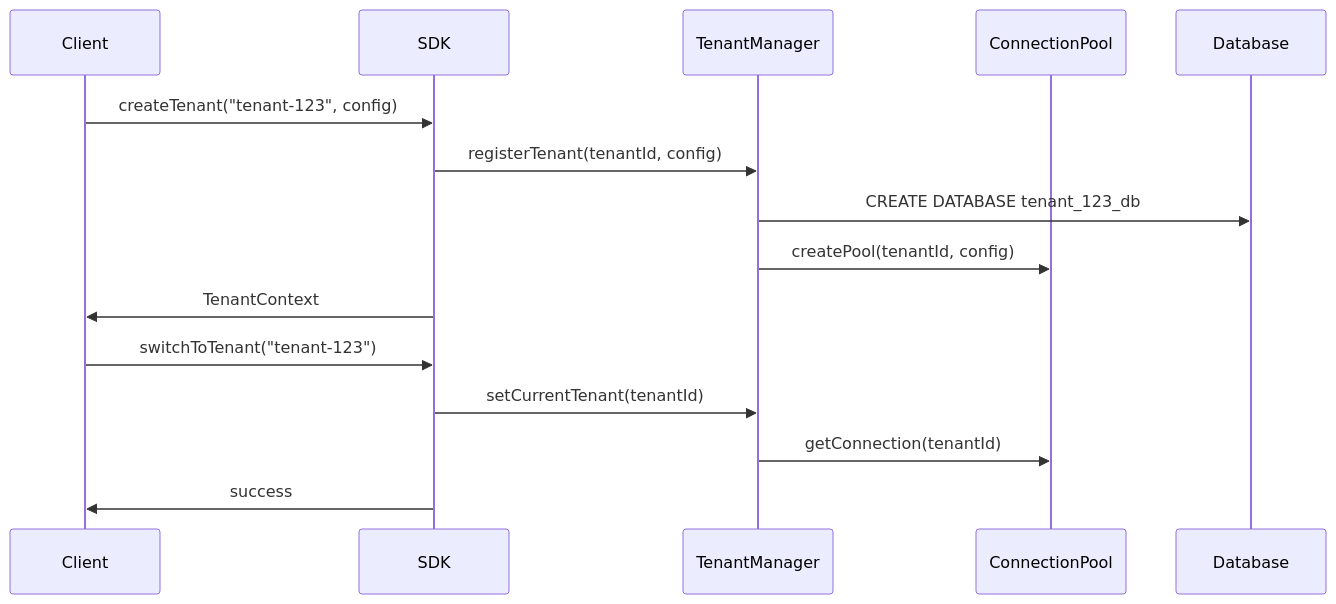
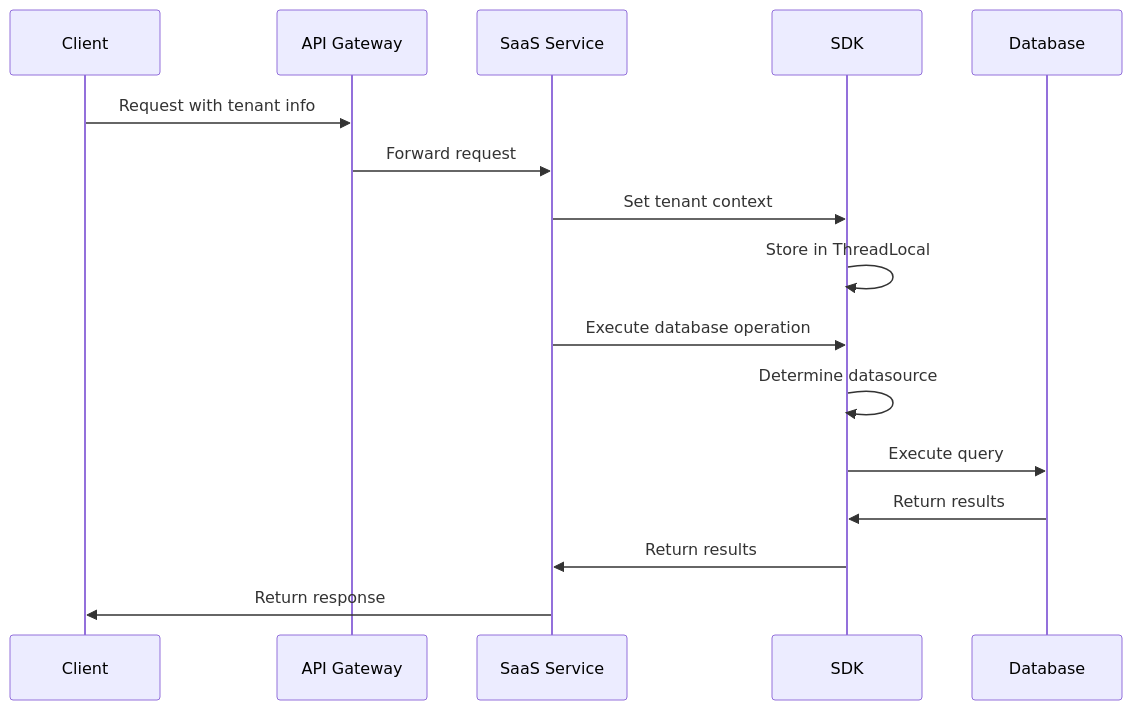
The second of 2 diagrams in source/_posts/Design-Multi-Tenant-Database-SDK.md (shayne007/blog), drawn with Mermaid before and after one commit. The commit also changed other lines of this file, not shown here.

Commit message:
update universal mq sdk

```diff
--- a/source/_posts/Design-Multi-Tenant-Database-SDK.md
+++ b/source/_posts/Design-Multi-Tenant-Database-SDK.md
@@ -103,18 +585,18 @@
 {% mermaid sequenceDiagram %}
     participant Client
+    participant API Gateway
+    participant SaaS Service
     participant SDK
-    participant TenantManager
-    participant ConnectionPool
     participant Database
     
-    Client->>SDK: createTenant("tenant-123", config)
-    SDK->>TenantManager: registerTenant(tenantId, config)
-    TenantManager->>Database: CREATE DATABASE tenant_123_db
-    TenantManager->>ConnectionPool: createPool(tenantId, config)
-    SDK->>Client: TenantContext
-    
-    Client->>SDK: switchToTenant("tenant-123")
-    SDK->>TenantManager: setCurrentTenant(tenantId)
-    TenantManager->>ConnectionPool: getConnection(tenantId)
-    SDK->>Client: success
+    Client->>API Gateway: Request with tenant info
+    API Gateway->>SaaS Service: Forward request
+    SaaS Service->>SDK: Set tenant context
+    SDK->>SDK: Store in ThreadLocal
+    SaaS Service->>SDK: Execute database operation
+    SDK->>SDK: Determine datasource
+    SDK->>Database: Execute query
+    Database->>SDK: Return results
+    SDK->>SaaS Service: Return results
+    SaaS Service->>Client: Return response
 {% endmermaid %}
```
